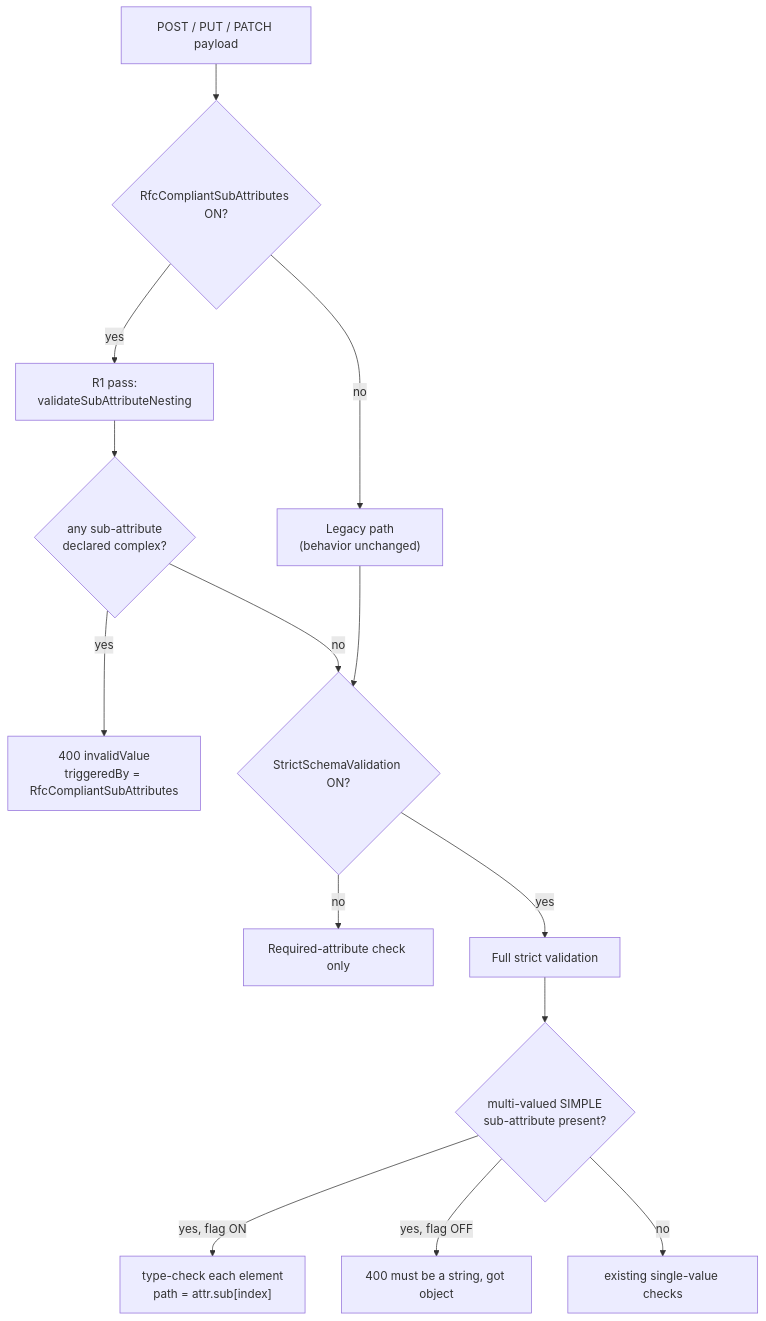
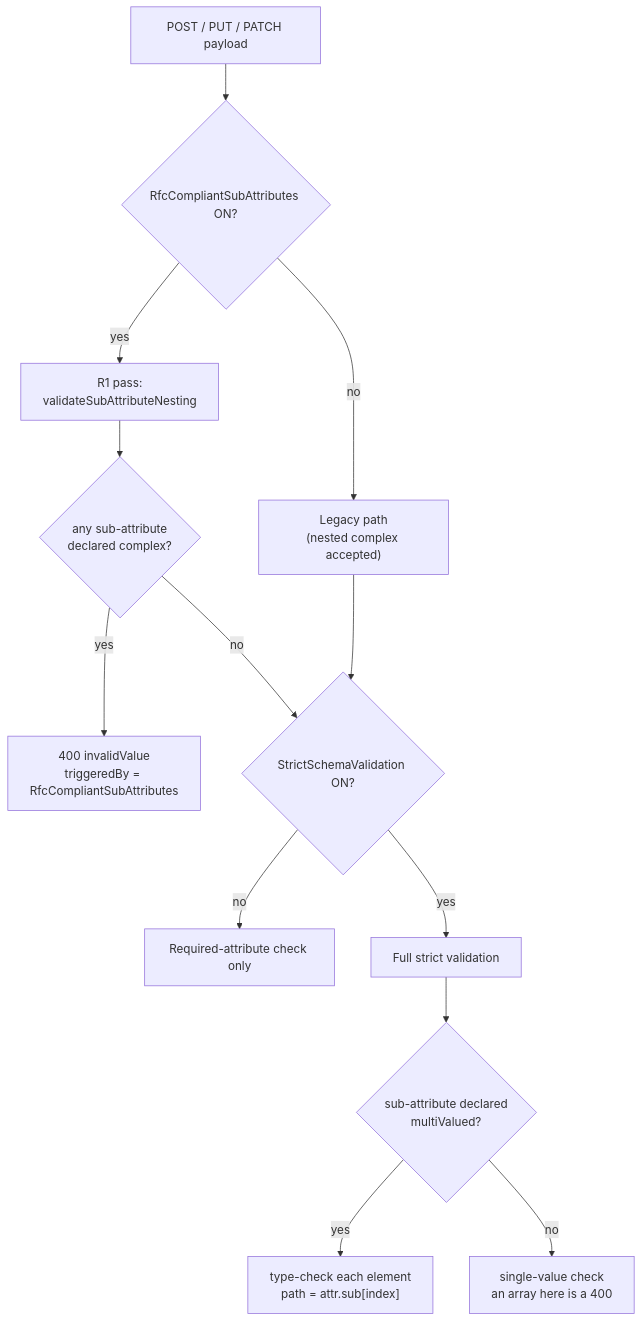
The first of 2 diagrams in docs/RFC_COMPLIANT_SUBATTRIBUTES.md (pranems/SCIMServer), drawn with Mermaid before and after one commit. The commit also changed other lines of this file and 38 other files, not shown here.

````diff
--- a/docs/RFC_COMPLIANT_SUBATTRIBUTES.md
+++ b/docs/RFC_COMPLIANT_SUBATTRIBUTES.md
@@ -70,16 +95,15 @@
 ```mermaid
 flowchart TD
     A["POST / PUT / PATCH payload"] --> B{"RfcCompliantSubAttributes ON?"}
-    B -->|no| L["Legacy path<br/>(behavior unchanged)"]
+    B -->|no| L["Legacy path<br/>(nested complex accepted)"]
     B -->|yes| C["R1 pass:<br/>validateSubAttributeNesting"]
     C --> D{"any sub-attribute<br/>declared complex?"}
     D -->|yes| E["400 invalidValue<br/>triggeredBy = RfcCompliantSubAttributes"]
     D -->|no| F{"StrictSchemaValidation ON?"}
     L --> F
     F -->|no| G["Required-attribute check only"]
     F -->|yes| H["Full strict validation"]
-    H --> I{"multi-valued SIMPLE<br/>sub-attribute present?"}
-    I -->|"yes, flag ON"| J["type-check each element<br/>path = attr.sub[index]"]
-    I -->|"yes, flag OFF"| K["400 must be a string, got object"]
-    I -->|no| M["existing single-value checks"]
+    H --> I{"sub-attribute declared<br/>multiValued?"}
+    I -->|yes| J["type-check each element<br/>path = attr.sub[index]"]
+    I -->|no| M["single-value check<br/>an array here is a 400"]
 ```
````
